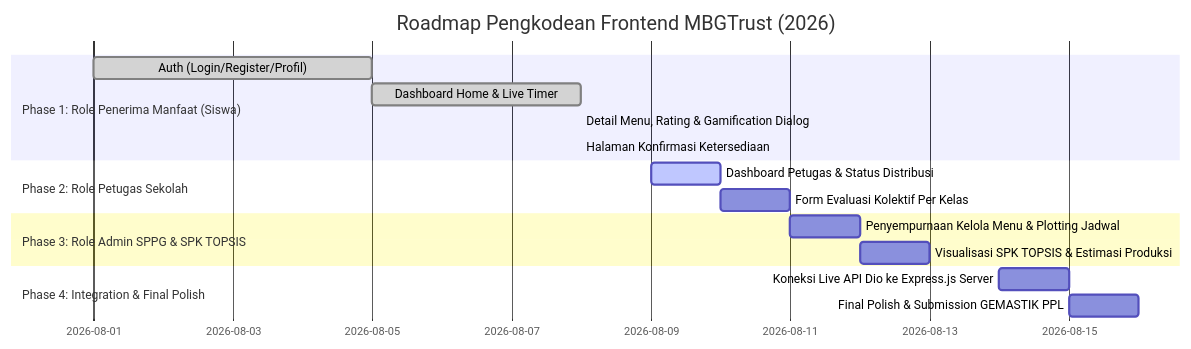
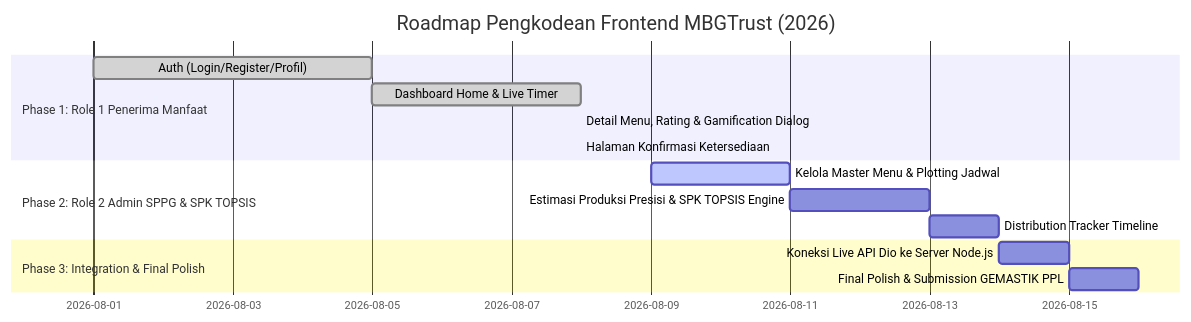
One commit to Daffarael/MBGTrust changed the diagram in docs/frontend_prd_and_roadmap.md. Above: the diagram before and after it, drawn with Mermaid. The commit also changed other lines of this file, not shown here.

Commit message:
docs: update frontend PRD to strict 2-role system and school kiosk mode

````diff
--- a/docs/frontend_prd_and_roadmap.md
+++ b/docs/frontend_prd_and_roadmap.md
@@ -223,19 +202,17 @@
 ```mermaid
 gantt
     title Roadmap Pengkodean Frontend MBGTrust (2026)
     dateFormat  YYYY-MM-DD
-    section Phase 1: Role Penerima Manfaat (Siswa)
+    section Phase 1: Role 1 Penerima Manfaat
     Auth (Login/Register/Profil)               :done, p1_1, 2026-08-01, 2026-08-05
     Dashboard Home & Live Timer                :done, p1_2, 2026-08-05, 2026-08-08
     Detail Menu, Rating & Gamification Dialog  :done, p1_3, 2026-08-08, 2026-08-08
     Halaman Konfirmasi Ketersediaan            :done, p1_4, 2026-08-08, 2026-08-08
-    section Phase 2: Role Petugas Sekolah
-    Dashboard Petugas & Status Distribusi      :active, p2_1, 2026-08-09, 2026-08-10
-    Form Evaluasi Kolektif Per Kelas            : p2_2, 2026-08-10, 2026-08-11
-    section Phase 3: Role Admin SPPG & SPK TOPSIS
-    Penyempurnaan Kelola Menu & Plotting Jadwal : p3_1, 2026-08-11, 2026-08-12
-    Visualisasi SPK TOPSIS & Estimasi Produksi  : p3_2, 2026-08-12, 2026-08-13
-    section Phase 4: Integration & Final Polish
-    Koneksi Live API Dio ke Express.js Server   : p4_1, 2026-08-14, 2026-08-15
-    Final Polish & Submission GEMASTIK PPL      : p4_2, 2026-08-15, 2026-08-16
+    section Phase 2: Role 2 Admin SPPG & SPK TOPSIS
+    Kelola Master Menu & Plotting Jadwal        :active, p2_1, 2026-08-09, 2026-08-11
+    Estimasi Produksi Presisi & SPK TOPSIS Engine: p2_2, 2026-08-11, 2026-08-13
+    Distribution Tracker Timeline               : p2_3, 2026-08-13, 2026-08-14
+    section Phase 3: Integration & Final Polish
+    Koneksi Live API Dio ke Server Node.js     : p3_1, 2026-08-14, 2026-08-15
+    Final Polish & Submission GEMASTIK PPL      : p3_2, 2026-08-15, 2026-08-16
 ```
````
